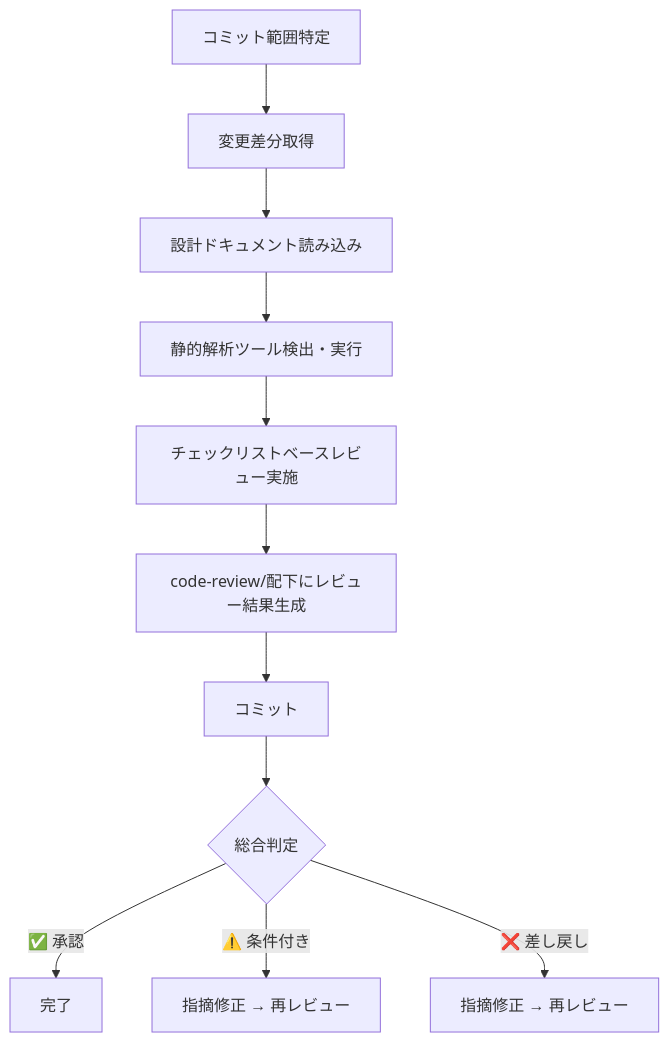
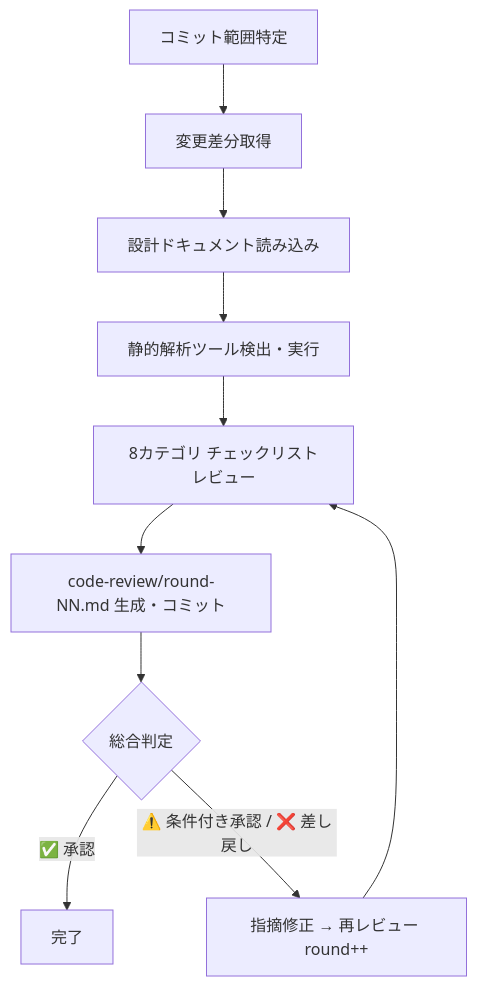
One commit to NagasakaH/dev-process changed the diagram in .claude/skills/code-review/SKILL.md. Above: the diagram before and after it, drawn with Mermaid. The commit also changed other lines of this file and 34 other files, not shown here.

````diff
--- a/.claude/skills/code-review/SKILL.md
+++ b/.claude/skills/code-review/SKILL.md
@@ -205,13 +21,12 @@
 ```mermaid
 flowchart TD
     A[コミット範囲特定] --> B[変更差分取得]
     B --> C[設計ドキュメント読み込み]
     C --> D[静的解析ツール検出・実行]
-    D --> E[チェックリストベースレビュー実施]
-    E --> F[code-review/配下にレビュー結果生成]
-    F --> G[コミット]
-    G --> H{総合判定}
-    H -->|✅ 承認| I[完了]
-    H -->|⚠️ 条件付き| J[指摘修正 → 再レビュー]
-    H -->|❌ 差し戻し| K[指摘修正 → 再レビュー]
+    D --> E[8カテゴリ チェックリストレビュー]
+    E --> F[code-review/round-NN.md 生成・コミット]
+    F --> G{総合判定}
+    G -->|✅ 承認| H[完了]
+    G -->|⚠️ 条件付き承認 / ❌ 差し戻し| I[指摘修正 → 再レビュー round++]
+    I --> E
 ```
````
